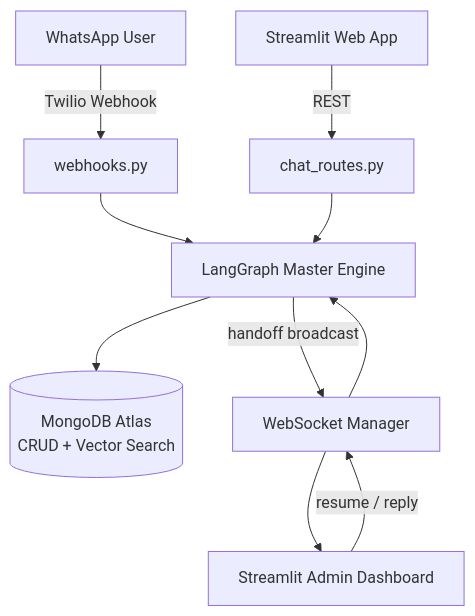
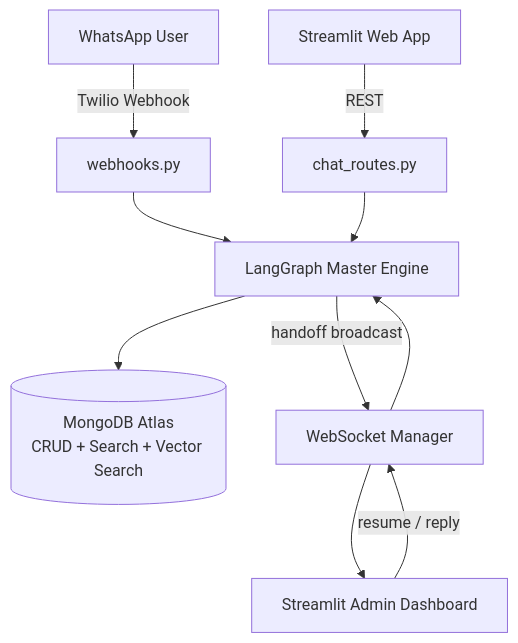
One commit to nirajp728/quick-commerce-agentic-ai changed the first of 7 diagrams in README.md. Above: the diagram before and after it, drawn with Mermaid. The commit also changed other lines of this file, not shown here.

````diff
--- a/README.md
+++ b/README.md
@@ -64,14 +64,14 @@
 ```mermaid
 flowchart TD
     WA[WhatsApp User] -->|Twilio Webhook| WH[webhooks.py]
     WEB[Streamlit Web App] -->|REST| CR[chat_routes.py]
 
     WH --> ENGINE[LangGraph Master Engine]
     CR --> ENGINE
 
-    ENGINE --> MONGO[(MongoDB Atlas<br/>CRUD + Vector Search)]
+    ENGINE --> MONGO[(MongoDB Atlas<br/>CRUD + Search + Vector Search)]
     ENGINE -->|handoff broadcast| WS[WebSocket Manager]
     WS --> ADMIN[Streamlit Admin Dashboard]
     ADMIN -->|resume / reply| WS
     WS --> ENGINE
 ```
````
